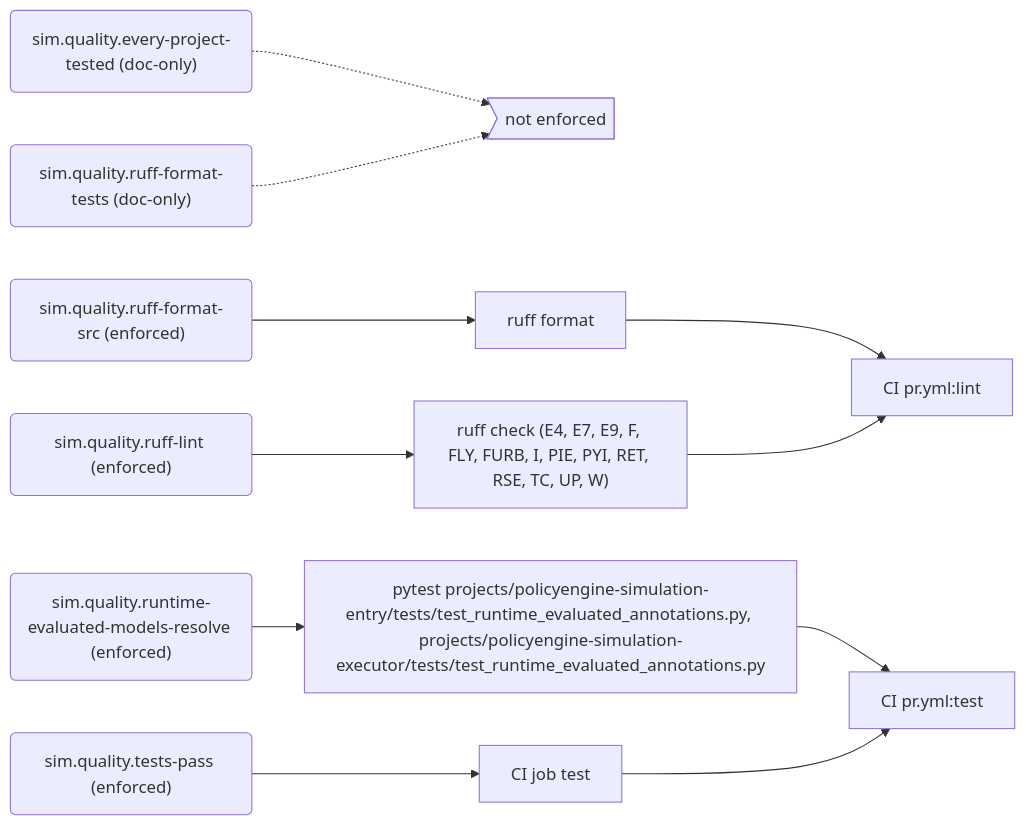
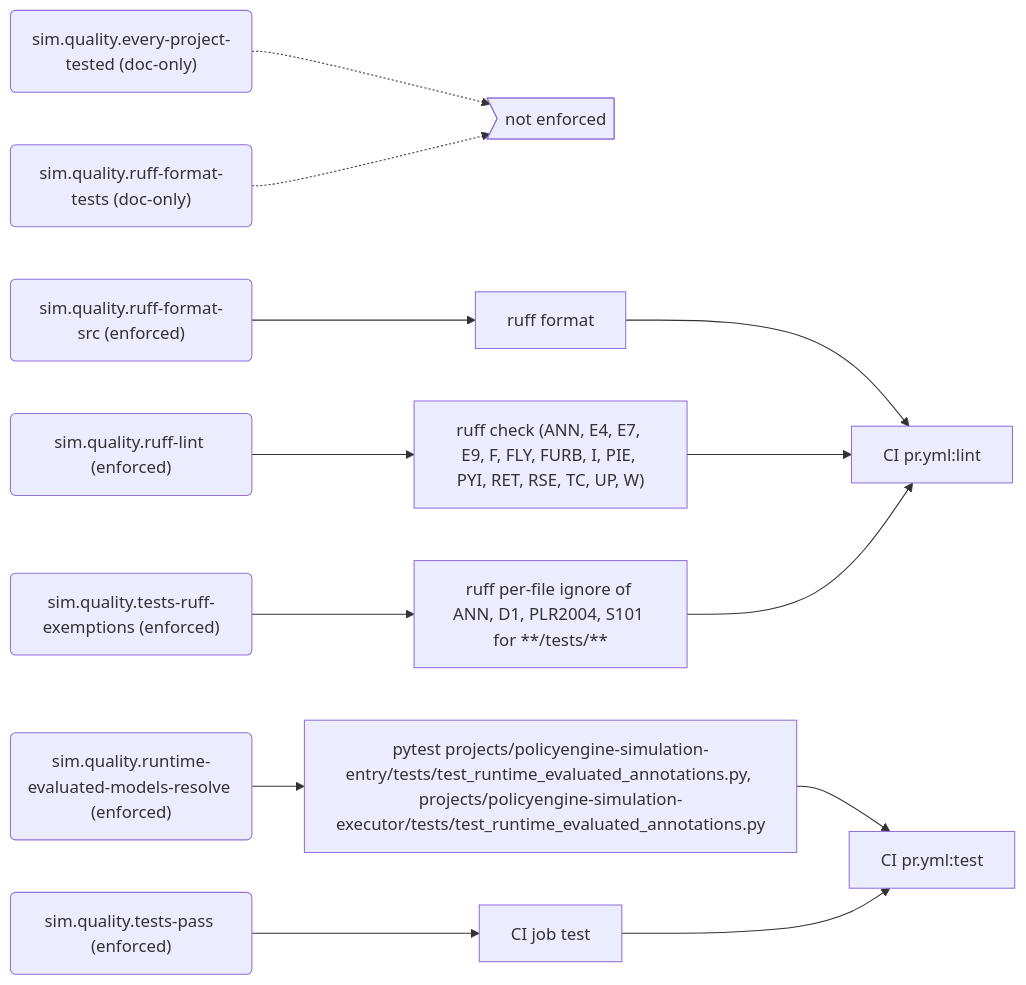
One commit to PolicyEngine/policyengine-sim-api changed the sixth of 8 diagrams in docs/generated/rules.md. Above: the diagram before and after it, drawn with Mermaid. The commit also changed other lines of this file and 3 other files, not shown here.

First line of the commit message:
Register ANN and the test-file ruff exemptions

````diff
--- a/docs/generated/rules.md
+++ b/docs/generated/rules.md
@@ -256,26 +257,30 @@
 ```mermaid
 flowchart LR
   r_sim_quality_every_project_tested("sim.quality.every-project-tested (doc-only)")
   gap_unenforced>"not enforced"]
   r_sim_quality_ruff_format_src("sim.quality.ruff-format-src (enforced)")
   e_ruff_format["ruff format"]
   j_CI_pr_yml_lint["CI pr.yml:lint"]
   r_sim_quality_ruff_format_tests("sim.quality.ruff-format-tests (doc-only)")
   r_sim_quality_ruff_lint("sim.quality.ruff-lint (enforced)")
-  e_ruff_check__E4__E7__E9__F__FLY__FURB__I__PIE__PYI__RET__RSE__TC__UP__W_["ruff check (E4, E7, E9, F, FLY, FURB, I, PIE, PYI, RET, RSE, TC, UP, W)"]
+  e_ruff_check__ANN__E4__E7__E9__F__FLY__FURB__I__PIE__PYI__RET__RSE__TC__UP__W_["ruff check (ANN, E4, E7, E9, F, FLY, FURB, I, PIE, PYI, RET, RSE, TC, UP, W)"]
   r_sim_quality_runtime_evaluated_models_resolve("sim.quality.runtime-evaluated-models-resolve (enforced)")
   e_pytest_projects_policyengine_simulation_entry_tests_test_runtime_evaluated_annotations_py__projects_policyengine_simulation_executor_tests_test_runtime_evaluated_annotations_py["pytest projects/policyengine-simulation-entry/tests/test_runtime_evaluated_annotations.py, projects/policyengine-simulation-executor/tests/test_runtime_evaluated_annotations.py"]
   j_CI_pr_yml_test["CI pr.yml:test"]
   r_sim_quality_tests_pass("sim.quality.tests-pass (enforced)")
   e_CI_job_test["CI job test"]
+  r_sim_quality_tests_ruff_exemptions("sim.quality.tests-ruff-exemptions (enforced)")
+  e_ruff_per_file_ignore_of_ANN__D1__PLR2004__S101_for____tests___["ruff per-file ignore of ANN, D1, PLR2004, S101 for **/tests/**"]
   r_sim_quality_every_project_tested -.-> gap_unenforced
   r_sim_quality_ruff_format_src --> e_ruff_format
   e_ruff_format --> j_CI_pr_yml_lint
   r_sim_quality_ruff_format_tests -.-> gap_unenforced
-  r_sim_quality_ruff_lint --> e_ruff_check__E4__E7__E9__F__FLY__FURB__I__PIE__PYI__RET__RSE__TC__UP__W_
-  e_ruff_check__E4__E7__E9__F__FLY__FURB__I__PIE__PYI__RET__RSE__TC__UP__W_ --> j_CI_pr_yml_lint
+  r_sim_quality_ruff_lint --> e_ruff_check__ANN__E4__E7__E9__F__FLY__FURB__I__PIE__PYI__RET__RSE__TC__UP__W_
+  e_ruff_check__ANN__E4__E7__E9__F__FLY__FURB__I__PIE__PYI__RET__RSE__TC__UP__W_ --> j_CI_pr_yml_lint
   r_sim_quality_runtime_evaluated_models_resolve --> e_pytest_projects_policyengine_simulation_entry_tests_test_runtime_evaluated_annotations_py__projects_policyengine_simulation_executor_tests_test_runtime_evaluated_annotations_py
   e_pytest_projects_policyengine_simulation_entry_tests_test_runtime_evaluated_annotations_py__projects_policyengine_simulation_executor_tests_test_runtime_evaluated_annotations_py --> j_CI_pr_yml_test
   r_sim_quality_tests_pass --> e_CI_job_test
   e_CI_job_test --> j_CI_pr_yml_test
+  r_sim_quality_tests_ruff_exemptions --> e_ruff_per_file_ignore_of_ANN__D1__PLR2004__S101_for____tests___
+  e_ruff_per_file_ignore_of_ANN__D1__PLR2004__S101_for____tests___ --> j_CI_pr_yml_lint
 ```
````
